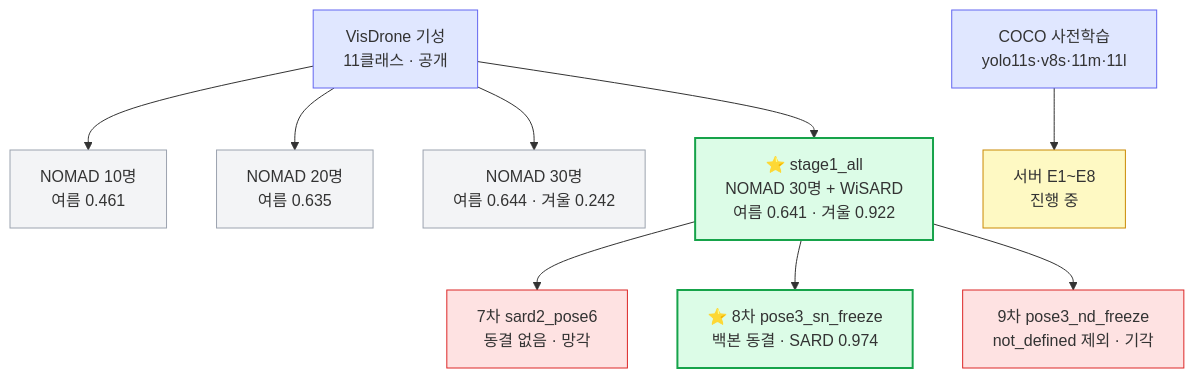
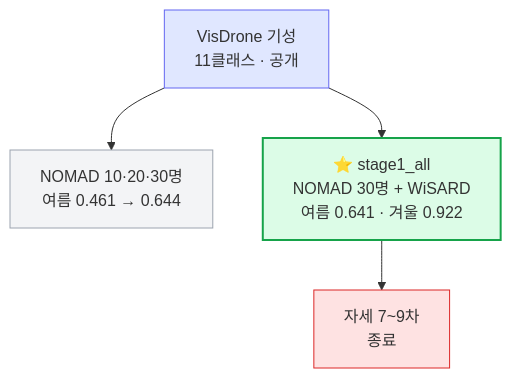
One commit to tim9985/Capstone changed the second of 2 diagrams in obsidian/03 모델/가중치 계보.md. Above: the diagram before and after it, drawn with Mermaid. The commit also changed other lines of this file and 78 other files, not shown here.

````diff
--- a/obsidian/03 모델/가중치 계보.md
+++ b/obsidian/03 모델/가중치 계보.md
@@ -8,18 +51,12 @@
 ```mermaid
 flowchart TD
     V["VisDrone 기성<br/>11클래스 · 공개"]:::pub
-    V --> N10["NOMAD 10명<br/>여름 0.461"]:::keep
-    V --> N20["NOMAD 20명<br/>여름 0.635"]:::keep
-    V --> N30["NOMAD 30명<br/>여름 0.644 · 겨울 0.242"]:::keep
+    V --> N30["NOMAD 10·20·30명<br/>여름 0.461 → 0.644"]:::keep
     V --> ALL["⭐ stage1_all<br/>NOMAD 30명 + WiSARD<br/>여름 0.641 · 겨울 0.922"]:::star
-    ALL --> P6["7차 sard2_pose6<br/>동결 없음 · 망각"]:::rej
-    ALL --> P8["⭐ 8차 pose3_sn_freeze<br/>백본 동결 · SARD 0.974"]:::star
-    ALL --> P9["9차 pose3_nd_freeze<br/>not_defined 제외 · 기각"]:::rej
-    C["COCO 사전학습<br/>yolo11s·v8s·11m·11l"]:::pub --> E["서버 E1~E8<br/>진행 중"]:::run
+    ALL --> POSE["자세 7~9차<br/>종료"]:::rej
 
     classDef pub fill:#e0e7ff,stroke:#6366f1
     classDef keep fill:#f3f4f6,stroke:#9ca3af
     classDef star fill:#dcfce7,stroke:#16a34a,stroke-width:2px
     classDef rej fill:#fee2e2,stroke:#dc2626
-    classDef run fill:#fef9c3,stroke:#ca8a04
 ```
````
